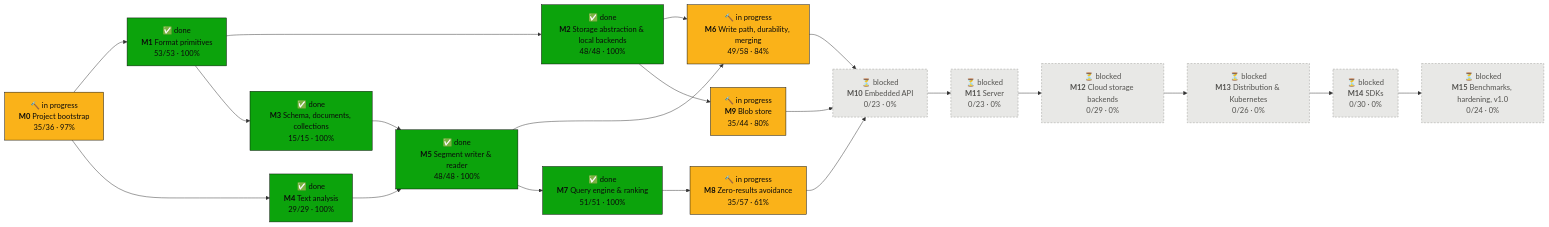
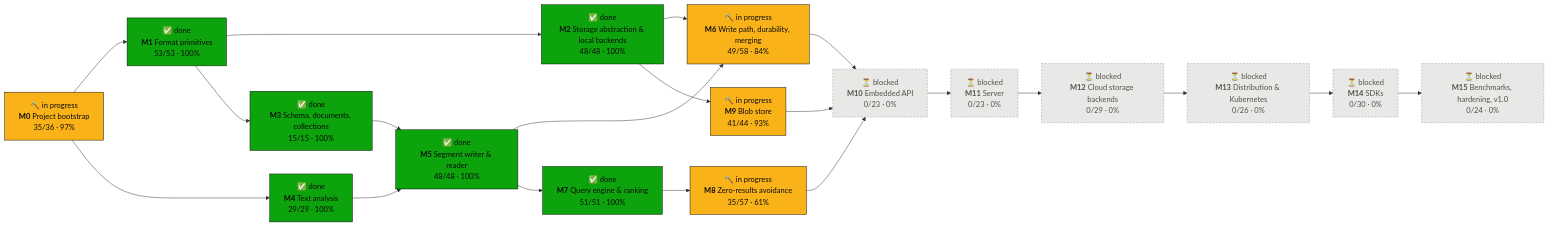
One commit to tomiok/persiaDB changed the first of 2 diagrams in PROGRESS.md. Above: the diagram before and after it, drawn with Mermaid. The commit also changed other lines of this file and 44 other files, not shown here.

First line of the commit message:
Blob pack hardening: frame bounds at open, writer lock before the pack exists, side files, mapped rewrite (ROADMAP 9.2.10–9.2.15) (#116)

````diff
--- a/PROGRESS.md
+++ b/PROGRESS.md
@@ -16,42 +16,42 @@
 ```mermaid
 flowchart LR
   M0["🔨 in progress<br/><b>M0</b> Project bootstrap<br/>35/36 · 97%"]:::doing
   M1["✅ done<br/><b>M1</b> Format primitives<br/>53/53 · 100%"]:::done
   M2["✅ done<br/><b>M2</b> Storage abstraction & local backends<br/>48/48 · 100%"]:::done
   M3["✅ done<br/><b>M3</b> Schema, documents, collections<br/>15/15 · 100%"]:::done
   M4["✅ done<br/><b>M4</b> Text analysis<br/>29/29 · 100%"]:::done
   M5["✅ done<br/><b>M5</b> Segment writer & reader<br/>48/48 · 100%"]:::done
   M6["🔨 in progress<br/><b>M6</b> Write path, durability, merging<br/>49/58 · 84%"]:::doing
   M7["✅ done<br/><b>M7</b> Query engine & ranking<br/>51/51 · 100%"]:::done
   M8["🔨 in progress<br/><b>M8</b> Zero-results avoidance<br/>35/57 · 61%"]:::doing
-  M9["🔨 in progress<br/><b>M9</b> Blob store<br/>35/44 · 80%"]:::doing
+  M9["🔨 in progress<br/><b>M9</b> Blob store<br/>41/44 · 93%"]:::doing
   M10["⏳ blocked<br/><b>M10</b> Embedded API<br/>0/23 · 0%"]:::blocked
   M11["⏳ blocked<br/><b>M11</b> Server<br/>0/23 · 0%"]:::blocked
   M12["⏳ blocked<br/><b>M12</b> Cloud storage backends<br/>0/29 · 0%"]:::blocked
   M13["⏳ blocked<br/><b>M13</b> Distribution & Kubernetes<br/>0/26 · 0%"]:::blocked
   M14["⏳ blocked<br/><b>M14</b> SDKs<br/>0/30 · 0%"]:::blocked
   M15["⏳ blocked<br/><b>M15</b> Benchmarks, hardening, v1.0<br/>0/24 · 0%"]:::blocked
   M0 --> M1
   M1 --> M2
   M1 --> M3
   M0 --> M4
   M3 --> M5
   M4 --> M5
   M2 --> M6
   M5 --> M6
   M5 --> M7
   M7 --> M8
   M2 --> M9
   M6 --> M10
   M8 --> M10
   M9 --> M10
   M10 --> M11
   M11 --> M12
   M12 --> M13
   M13 --> M14
   M14 --> M15
   classDef done fill:#0ca30c,stroke:#0b0b0b,color:#0b0b0b
   classDef doing fill:#fab219,stroke:#0b0b0b,color:#0b0b0b
   classDef ready fill:#fcfcfb,stroke:#0b0b0b,stroke-width:2px,color:#0b0b0b
   classDef blocked fill:#e8e8e6,stroke:#9a9a96,stroke-dasharray:4 3,color:#52514e
 ```
````
